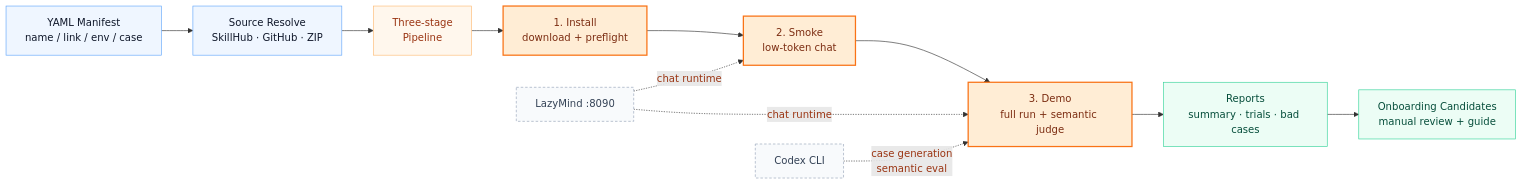
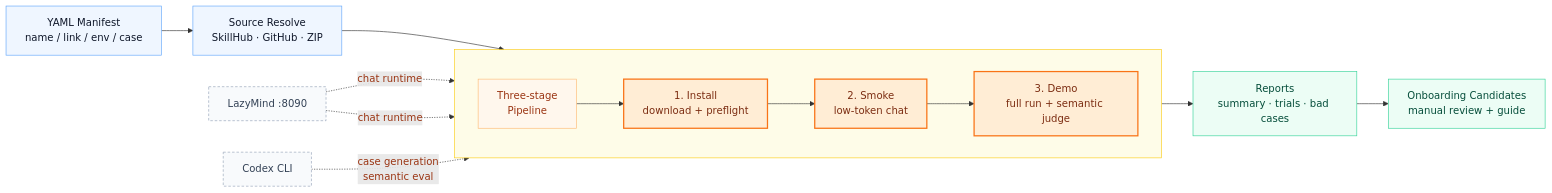
The diagram in README.md (chenzhex/skill-auto), drawn with Mermaid before and after one commit. The commit also changed 1 other file, not shown here.

Commit message:
Restore highlighted pipeline container

````diff
--- a/README.md
+++ b/README.md
@@ -16,26 +16,34 @@
 ```mermaid
 flowchart LR
     A["YAML Manifest<br/>name / link / env / case"] --> B["Source Resolve<br/>SkillHub · GitHub · ZIP"]
-    B --> T["Three-stage<br/>Pipeline"]
-    T --> C["1. Install<br/>download + preflight"]
-    C --> D["2. Smoke<br/>low-token chat"]
-    D --> E["3. Demo<br/>full run + semantic judge"]
+
+    subgraph P[" "]
+        direction LR
+        T["Three-stage<br/>Pipeline"]
+        C["1. Install<br/>download + preflight"]
+        D["2. Smoke<br/>low-token chat"]
+        E["3. Demo<br/>full run + semantic judge"]
+        T --> C --> D --> E
+    end
+
+    B --> T
     E --> F["Reports<br/>summary · trials · bad cases"]
     F --> G["Onboarding Candidates<br/>manual review + guide"]
 
     L["LazyMind :8090"] -. chat runtime .-> D
     L -. chat runtime .-> E
     X["Codex CLI"] -. case generation<br/>semantic eval .-> E
 
     classDef input fill:#eff6ff,stroke:#60a5fa,color:#0f172a;
     classDef label fill:#fff7ed,stroke:#fdba74,color:#9a3412;
     classDef stage fill:#ffedd5,stroke:#f97316,color:#7c2d12,stroke-width:2px;
     classDef output fill:#ecfdf5,stroke:#34d399,color:#064e3b;
     classDef support fill:#f8fafc,stroke:#94a3b8,color:#334155,stroke-dasharray: 4 3;
+    style P fill:#fefce8,stroke:#facc15,stroke-width:1px,color:transparent;
 
     class A,B input;
     class T label;
     class C,D,E stage;
     class F,G output;
     class L,X support;
 ```
````
